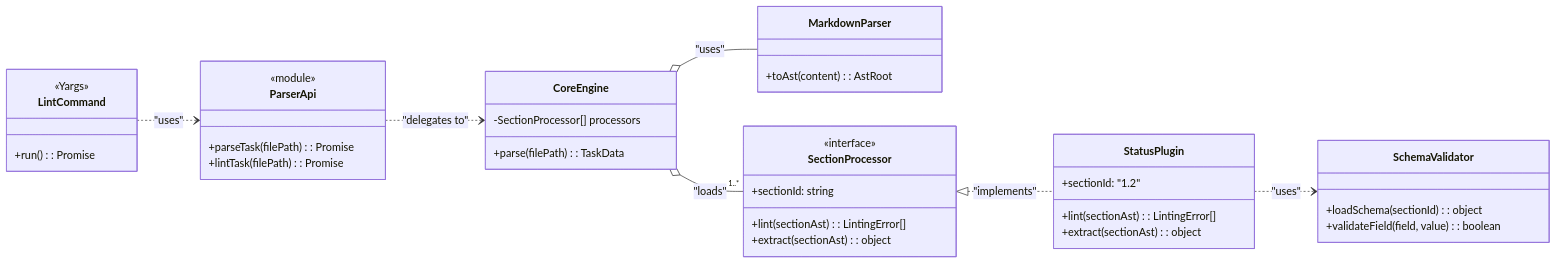
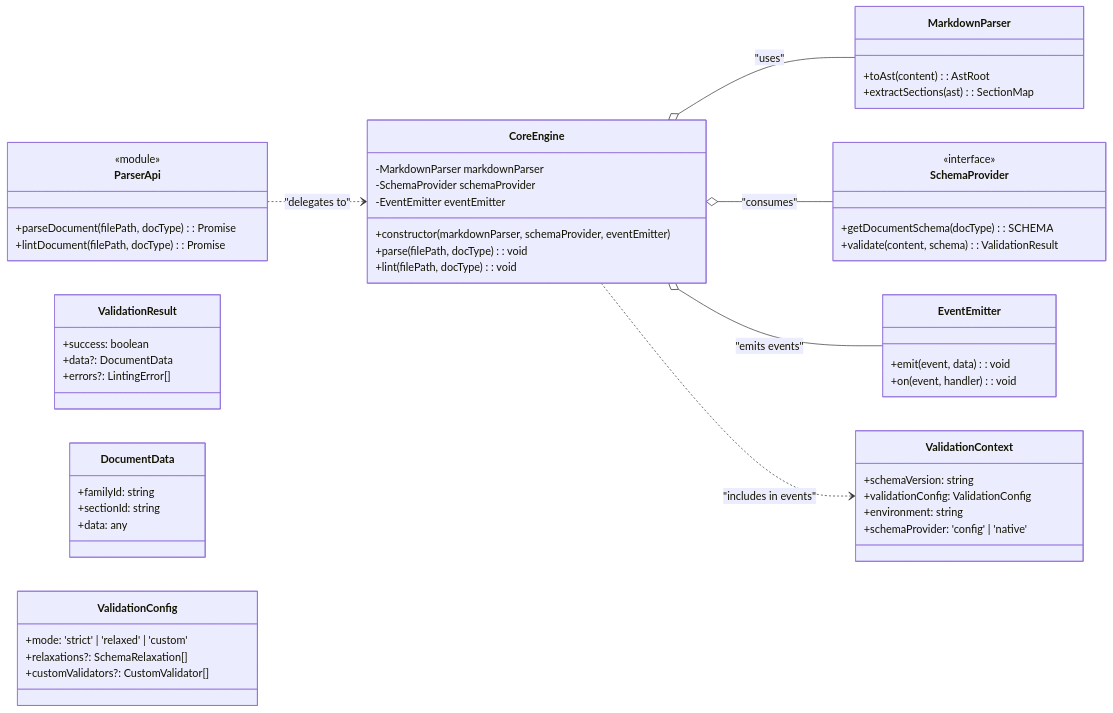
Before and after one commit to livelifelively/documentation-driven-development-tools: the fifth of 7 diagrams in docs/requirements/p1.p5-doc-parser.plan.md, drawn with Mermaid. The commit also changed other lines of this file and 2 other files, not shown here.

````diff
--- a/docs/requirements/p1.p5-doc-parser.plan.md
+++ b/docs/requirements/p1.p5-doc-parser.plan.md
@@ -222,49 +298,66 @@
 ```mermaid
 classDiagram
     direction LR
 
     class ParserApi {
         <<module>>
-        +parseTask(filePath): Promise<TaskData>
-        +lintTask(filePath): Promise<LintingError[]>
+        +parseDocument(filePath, docType): Promise<void>
+        +lintDocument(filePath, docType): Promise<void>
     }
 
     class CoreEngine {
-        -SectionProcessor[] processors
-        +parse(filePath): TaskData
+        -MarkdownParser markdownParser
+        -SchemaProvider schemaProvider
+        -EventEmitter eventEmitter
+        +constructor(markdownParser, schemaProvider, eventEmitter)
+        +parse(filePath, docType): void
+        +lint(filePath, docType): void
     }
 
     class MarkdownParser {
         +toAst(content): AstRoot
+        +extractSections(ast): SectionMap
     }
 
-    class SectionProcessor {
+    class SchemaProvider {
         <<interface>>
-        +sectionId: string
-        +lint(sectionAst): LintingError[]
-        +extract(sectionAst): object
+        +getDocumentSchema(docType): SCHEMA
+        +validate(content, schema): ValidationResult
     }
 
-    class SchemaValidator {
-        +loadSchema(sectionId): object
-        +validateField(field, value): boolean
+    class EventEmitter {
+        +emit(event, data): void
+        +on(event, handler): void
     }
 
-    class StatusPlugin {
-        +sectionId: "1.2"
-        +lint(sectionAst): LintingError[]
-        +extract(sectionAst): object
+    class ValidationContext {
+        +schemaVersion: string
+        +validationConfig: ValidationConfig
+        +environment: string
+        +schemaProvider: 'config' | 'native'
     }
 
-    class LintCommand {
-        <<Yargs>>
-        +run(): Promise<void>
+    class ValidationResult {
+        +success: boolean
+        +data?: DocumentData
+        +errors?: LintingError[]
+    }
+
+    class DocumentData {
+        +familyId: string
+        +sectionId: string
+        +data: any
+    }
+
+    class ValidationConfig {
+        +mode: 'strict' | 'relaxed' | 'custom'
+        +relaxations?: SchemaRelaxation[]
+        +customValidators?: CustomValidator[]
     }
 
     ParserApi ..> CoreEngine : "delegates to"
     CoreEngine o-- MarkdownParser : "uses"
-    CoreEngine o-- "1..*" SectionProcessor : "loads"
-    SectionProcessor <|.. StatusPlugin : "implements"
-    StatusPlugin ..> SchemaValidator : "uses"
-    LintCommand ..> ParserApi : "uses"
+    CoreEngine o-- SchemaProvider : "consumes"
+    CoreEngine o-- EventEmitter : "emits events"
+    CoreEngine ..> ValidationContext : "includes in events"
 ```
````
